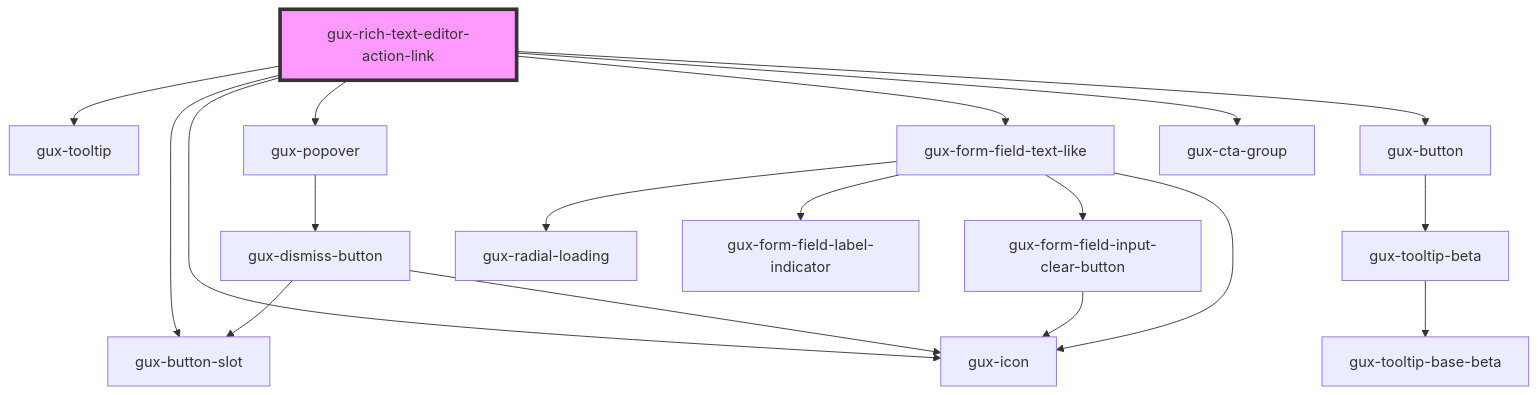
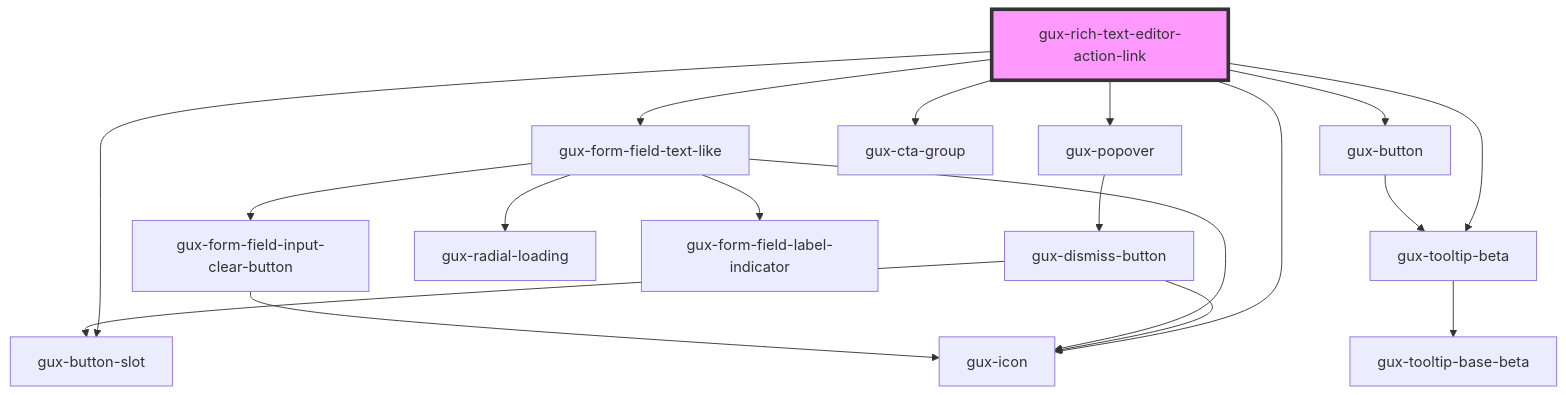
One commit to MyPureCloud/genesys-spark changed the diagram in packages/genesys-spark-components/src/components/beta/gux-rich-text-editor/gux-rich-text-editor-action/gux-rich-text-editor-action-link/readme.md. Above: the diagram before and after it, drawn with Mermaid. The commit also changed other lines of this file and 11 other files, not shown here.

````diff
--- a/packages/genesys-spark-components/src/components/beta/gux-rich-text-editor/gux-rich-text-editor-action/gux-rich-text-editor-action-link/readme.md
+++ b/packages/genesys-spark-components/src/components/beta/gux-rich-text-editor/gux-rich-text-editor-action/gux-rich-text-editor-action-link/readme.md
@@ -36,21 +36,21 @@
 ```mermaid
 graph TD;
-  gux-rich-text-editor-action-link --> gux-tooltip
+  gux-rich-text-editor-action-link --> gux-tooltip-beta
   gux-rich-text-editor-action-link --> gux-button-slot
   gux-rich-text-editor-action-link --> gux-icon
   gux-rich-text-editor-action-link --> gux-popover
   gux-rich-text-editor-action-link --> gux-form-field-text-like
   gux-rich-text-editor-action-link --> gux-cta-group
   gux-rich-text-editor-action-link --> gux-button
+  gux-tooltip-beta --> gux-tooltip-base-beta
   gux-popover --> gux-dismiss-button
   gux-dismiss-button --> gux-button-slot
   gux-dismiss-button --> gux-icon
   gux-form-field-text-like --> gux-radial-loading
   gux-form-field-text-like --> gux-form-field-label-indicator
   gux-form-field-text-like --> gux-form-field-input-clear-button
   gux-form-field-text-like --> gux-icon
   gux-form-field-input-clear-button --> gux-icon
   gux-button --> gux-tooltip-beta
-  gux-tooltip-beta --> gux-tooltip-base-beta
   style gux-rich-text-editor-action-link fill:#f9f,stroke:#333,stroke-width:4px
 ```
````
